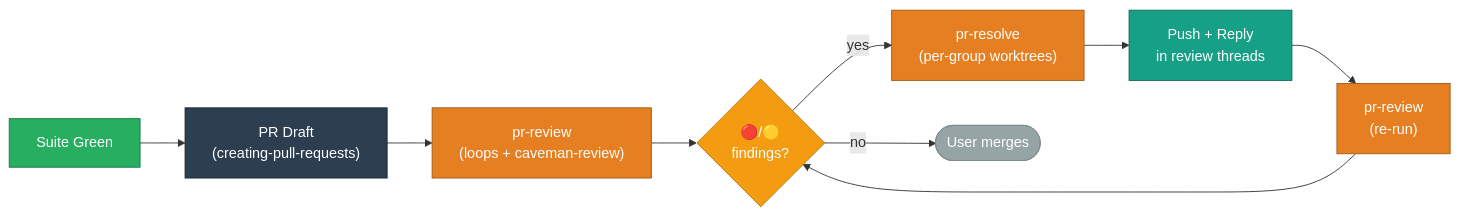
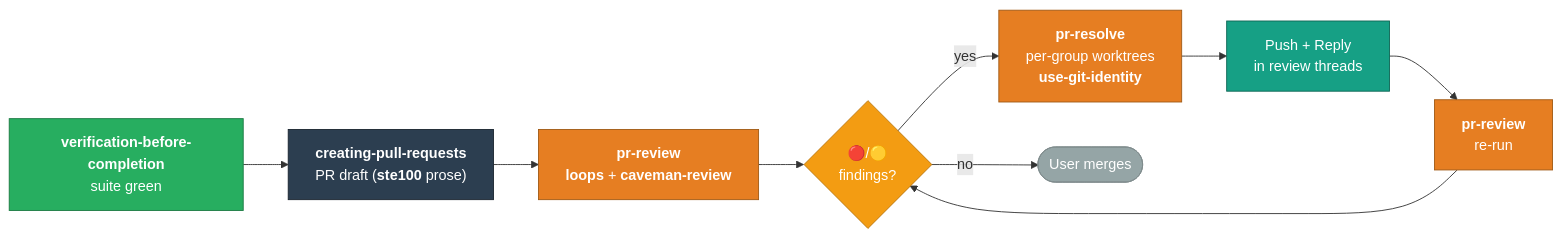
Before and after one commit to weselben/RooForge: the fifth of 5 diagrams in README.md, drawn with Mermaid. The commit also changed other lines of this file, not shown here.

Commit message:
docs(readme): restore full RooForge README with install prompt, prerequisites, and 5 annotated flow diagrams

````diff
--- a/README.md
+++ b/README.md
@@ -166,20 +220,20 @@
 ```mermaid
 flowchart LR
-    Verify["Suite Green"] --> PR["PR Draft<br/>(creating-pull-requests)"]
-    PR --> Review["pr-review<br/>(loops + caveman-review)"]
+    Verify["<b>verification-before-completion</b><br/>suite green"] --> PR["<b>creating-pull-requests</b><br/>PR draft (<b>ste100</b> prose)"]
+    PR --> Review["<b>pr-review</b><br/><b>loops</b> + <b>caveman-review</b>"]
     Review --> Findings{"🔴/🟡<br/>findings?"}
-    Findings -->|"yes"| Resolve["pr-resolve<br/>(per-group worktrees)"]
+    Findings -->|"yes"| Resolve["<b>pr-resolve</b><br/>per-group worktrees<br/><b>use-git-identity</b>"]
     Resolve --> Push["Push + Reply<br/>in review threads"]
-    Push --> ReReview["pr-review<br/>(re-run)"]
+    Push --> ReReview["<b>pr-review</b><br/>re-run"]
     ReReview --> Findings
     Findings -->|"no"| Merge(["User merges"])
     
     style Verify fill:#27AE60,color:#fff,stroke:#1A7A42
     style PR fill:#2C3E50,color:#fff,stroke:#1A252F
     style Review fill:#E67E22,color:#fff,stroke:#A05A15
     style Findings fill:#F39C12,color:#fff,stroke:#B8750E
     style Resolve fill:#E67E22,color:#fff,stroke:#A05A15
     style Push fill:#16A085,color:#fff,stroke:#0E6655
     style ReReview fill:#E67E22,color:#fff,stroke:#A05A15
     style Merge fill:#95A5A6,color:#fff,stroke:#7F8C8D
 ```
````
